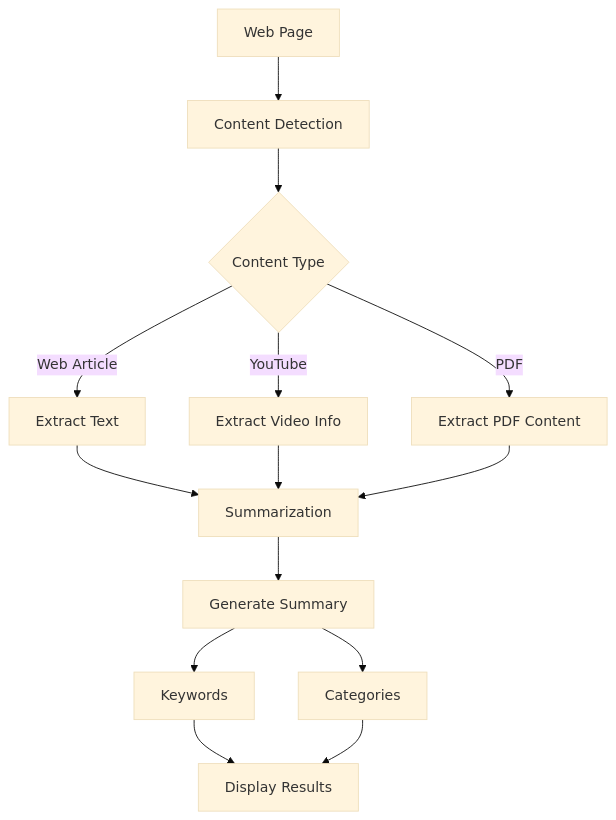
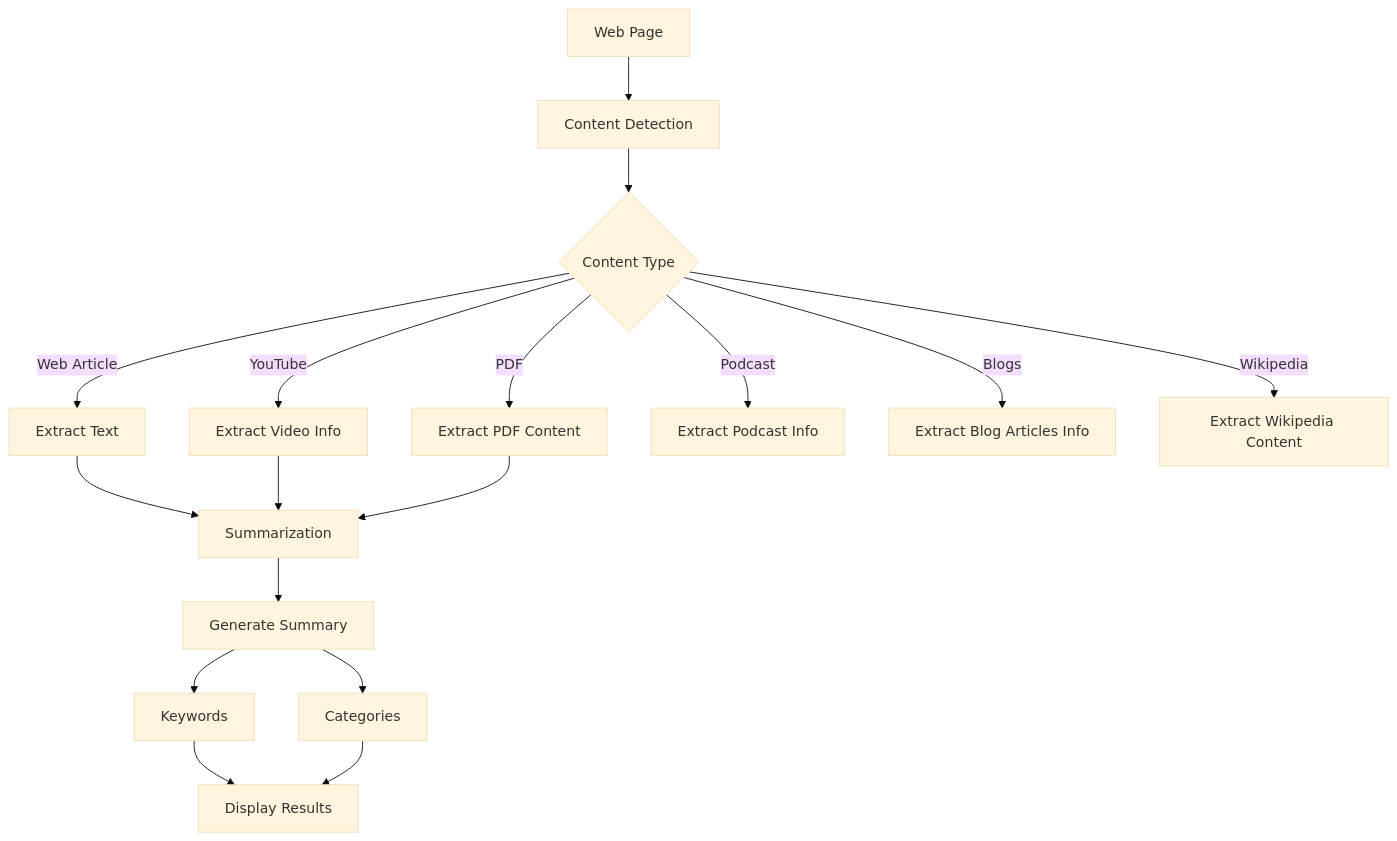
One commit to prasenjit-sarkar-sonarsource/memrecall changed the diagram in README.md. Above: the diagram before and after it, drawn with Mermaid (base theme).

````diff
--- a/README.md
+++ b/README.md
@@ -136,16 +136,19 @@
 ```mermaid
 graph TD
     A[Web Page] --> B[Content Detection]
     B --> C{Content Type}
     C -->|Web Article| D[Extract Text]
     C -->|YouTube| E[Extract Video Info]
     C -->|PDF| F[Extract PDF Content]
+    C -->|Podcast| X[Extract Podcast Info]
+    C -->|Blogs| Y[Extract Blog Articles Info]
+    C -->|Wikipedia| Z[Extract Wikipedia Content]
     D --> G[Summarization]
     E --> G
     F --> G
     G --> H[Generate Summary]
     H --> I[Keywords]
     H --> J[Categories]
     I --> K[Display Results]
     J --> K
 ```
````
